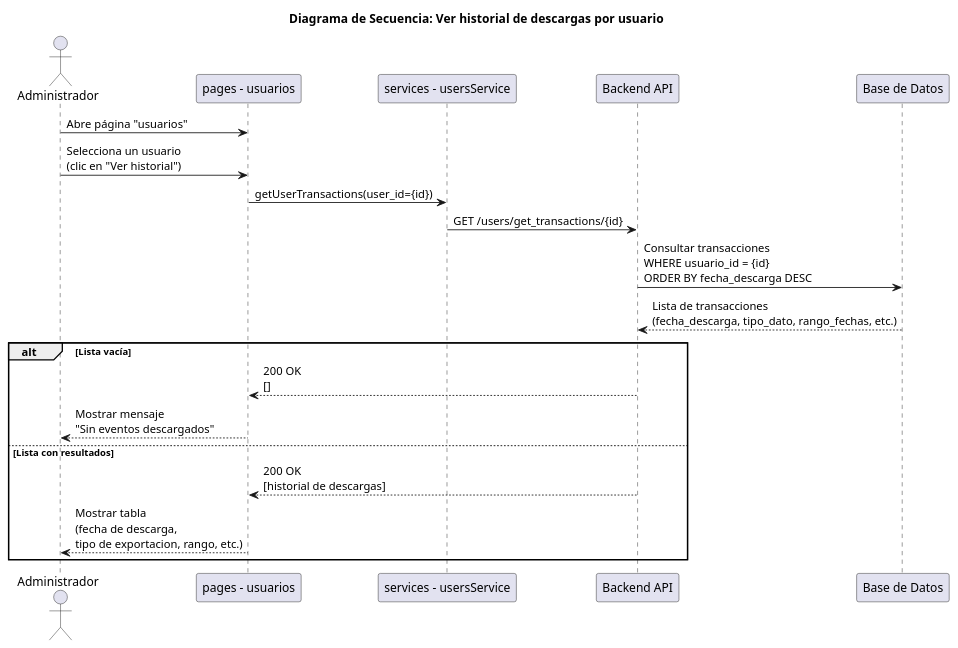
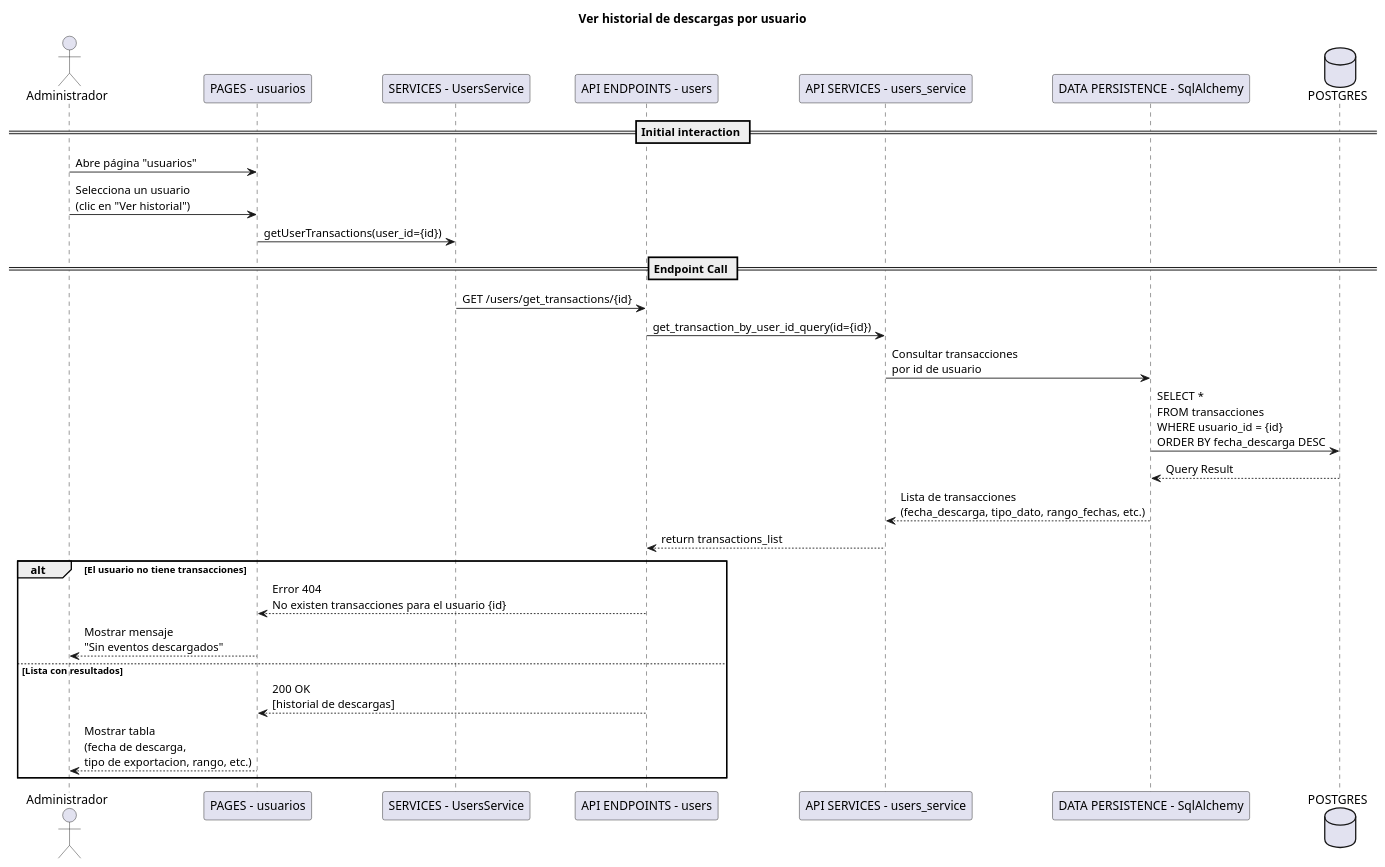
One commit to Niik4466/SolarWeb changed the diagram in docs/diagrama_secuencia/sprint2/HU_2A.wsd. Above: the diagram before and after it, drawn with PlantUML. The commit also changed 2 other files, not shown here.

Commit message:
Actualizados diagramas de las historias HU_2A.wsd HU_2U.wsd HU_3A.wsd

```diff
--- a/docs/diagrama_secuencia/sprint2/HU_2A.wsd
+++ b/docs/diagrama_secuencia/sprint2/HU_2A.wsd
@@ -1,30 +1,38 @@
 @startuml
-title Diagrama de Secuencia: Ver historial de descargas por usuario
+title Ver historial de descargas por usuario
 
 actor Administrador
-participant UI as "pages - usuarios"
-participant FE_Service as "services - usersService"
-participant BE as "Backend API"
-participant DB as "Base de Datos"
+participant UI as "PAGES - usuarios"
+participant FE_Service as "SERVICES - UsersService"
+participant ENDPOINT as "API ENDPOINTS - users"
+participant SERVICE as "API SERVICES - users_service"
+participant SQL as "DATA PERSISTENCE - SqlAlchemy"
+database DB as "POSTGRES"
 
-
+== Initial interaction ==
 
 Administrador -> UI : Abre página "usuarios"
 Administrador -> UI : Selecciona un usuario\n(clic en "Ver historial")
 
 UI -> FE_Service :  getUserTransactions(user_id={id})
 
-FE_Service -> BE : GET /users/get_transactions/{id}
+== Endpoint Call ==
 
-BE -> DB : Consultar transacciones\nWHERE usuario_id = {id}\nORDER BY fecha_descarga DESC
-DB --> BE : Lista de transacciones\n(fecha_descarga, tipo_dato, rango_fechas, etc.)
+FE_Service -> ENDPOINT : GET /users/get_transactions/{id}
 
-alt Lista vacía
-    BE --> UI : 200 OK\n[]
+ENDPOINT -> SERVICE : get_transaction_by_user_id_query(id={id})
+SERVICE -> SQL : Consultar transacciones\npor id de usuario
+SQL -> DB : SELECT * \nFROM transacciones\nWHERE usuario_id = {id}\nORDER BY fecha_descarga DESC
+DB --> SQL : Query Result
+SQL --> SERVICE : Lista de transacciones\n(fecha_descarga, tipo_dato, rango_fechas, etc.)
+SERVICE --> ENDPOINT : return transactions_list
+
+alt El usuario no tiene transacciones
+    ENDPOINT --> UI : Error 404\nNo existen transacciones para el usuario {id}
     UI --> Administrador : Mostrar mensaje\n"Sin eventos descargados"
 else Lista con resultados
-    BE --> UI : 200 OK\n[historial de descargas]
+    ENDPOINT --> UI : 200 OK\n[historial de descargas]
     UI --> Administrador : Mostrar tabla\n(fecha de descarga,\ntipo de exportacion, rango, etc.)
 end
 
 @enduml
```
